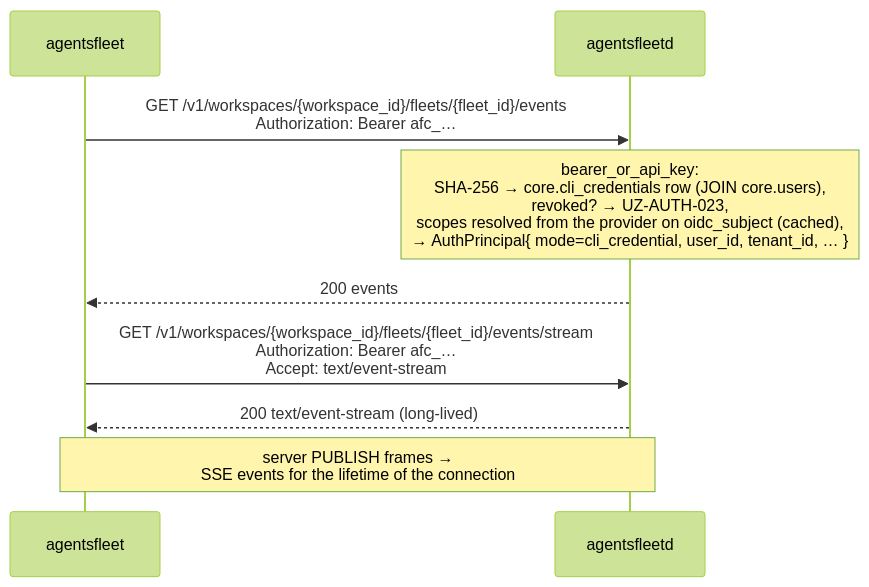
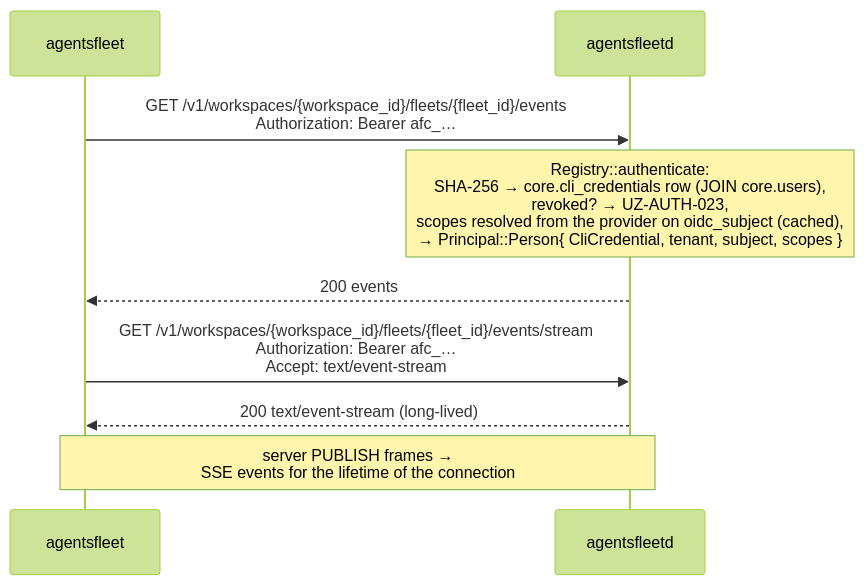
The second of 2 diagrams in docs/AUTH_DEVICE_LOGIN.md (agentsfleet/agentsfleet), drawn with Mermaid (forest theme) before and after one commit. The commit also changed other lines of this file and 32 other files, not shown here.

````diff
--- a/docs/AUTH_DEVICE_LOGIN.md
+++ b/docs/AUTH_DEVICE_LOGIN.md
@@ -311,13 +313,13 @@
 ```mermaid
 sequenceDiagram
     participant CLI as agentsfleet
     participant API as agentsfleetd
 
     CLI->>API: GET /v1/workspaces/{workspace_id}/fleets/{fleet_id}/events<br/>Authorization: Bearer afc_…
-    Note over API: bearer_or_api_key:<br/>SHA-256 → core.cli_credentials row (JOIN core.users),<br/>revoked? → UZ-AUTH-023,<br/>scopes resolved from the provider on oidc_subject (cached),<br/>→ AuthPrincipal{ mode=cli_credential, user_id, tenant_id, … }
+    Note over API: Registry::authenticate:<br/>SHA-256 → core.cli_credentials row (JOIN core.users),<br/>revoked? → UZ-AUTH-023,<br/>scopes resolved from the provider on oidc_subject (cached),<br/>→ Principal::Person{ CliCredential, tenant, subject, scopes }
     API-->>CLI: 200 events
 
     CLI->>API: GET /v1/workspaces/{workspace_id}/fleets/{fleet_id}/events/stream<br/>Authorization: Bearer afc_…<br/>Accept: text/event-stream
     API-->>CLI: 200 text/event-stream (long-lived)
     Note over CLI,API: server PUBLISH frames →<br/>SSE events for the lifetime of the connection
 ```
````
